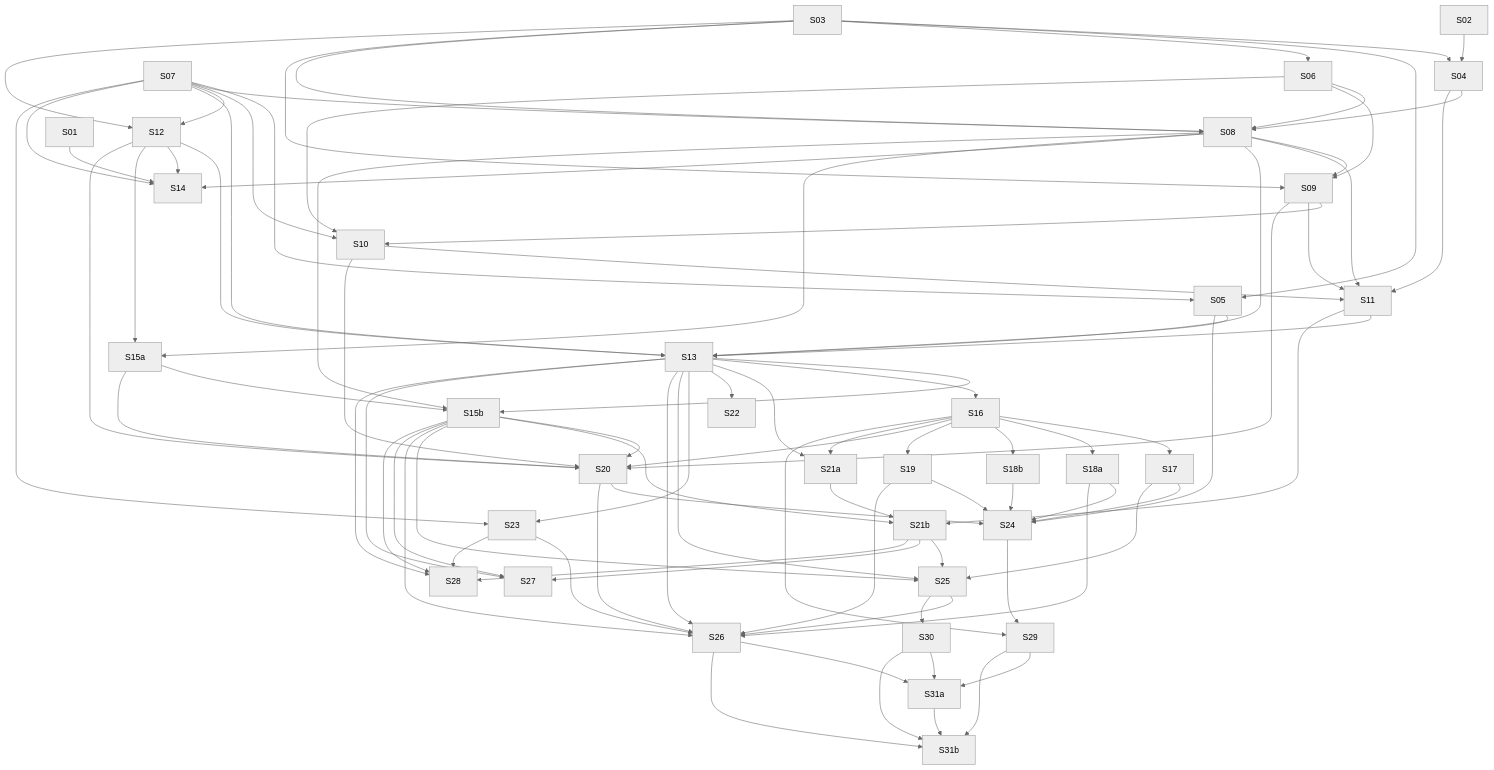
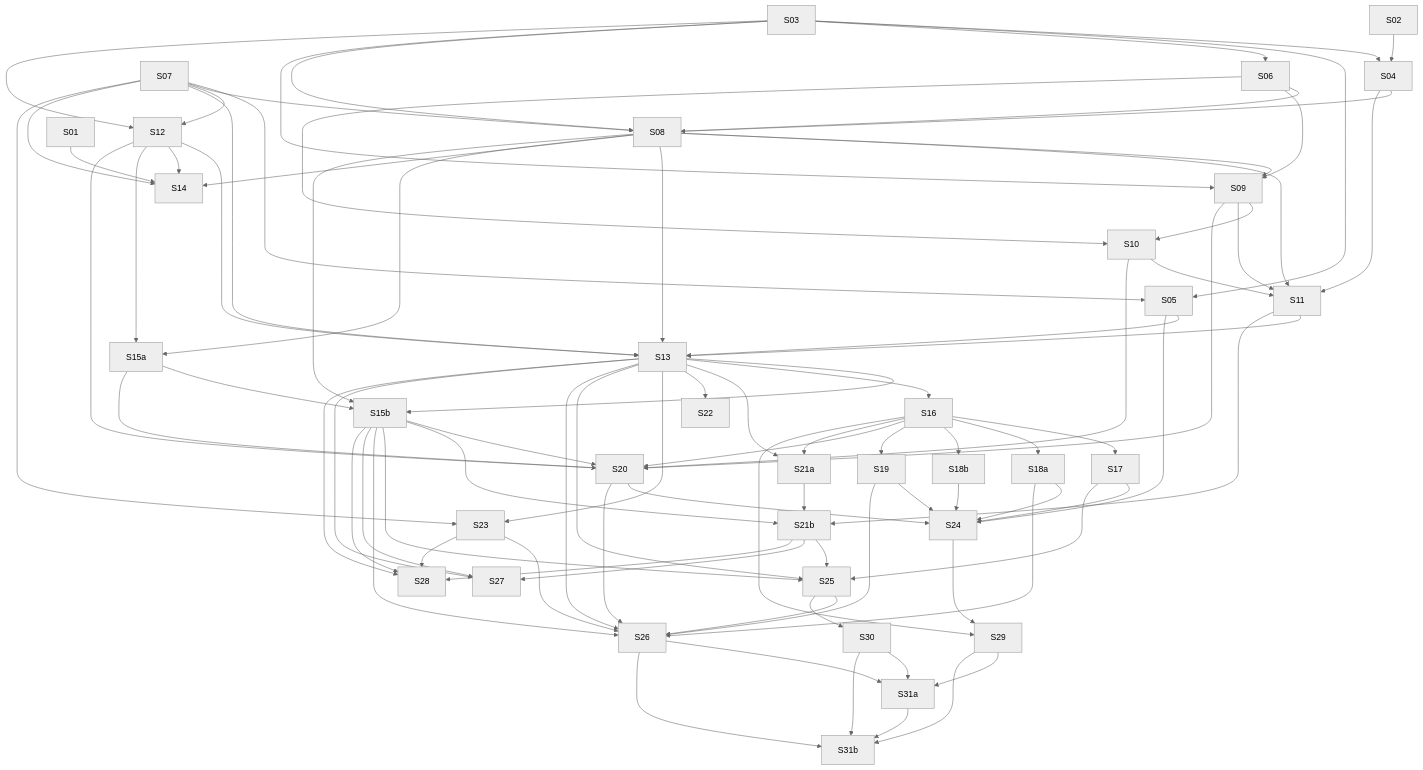
One commit to lmmoreira/ikaro changed the diagram in plan/M25-TENANT-BILLING-FOUNDATION.md. Above: the diagram before and after it, drawn with Mermaid (neutral theme). The commit also changed other lines of this file and 16 other files, not shown here.

```diff
--- a/plan/M25-TENANT-BILLING-FOUNDATION.md
+++ b/plan/M25-TENANT-BILLING-FOUNDATION.md
@@ -89,7 +89,6 @@
   S06 --> S09
   S08 --> S09
   S06 --> S10
-  S07 --> S10
   S09 --> S10
   S04 --> S11
   S08 --> S11
```
